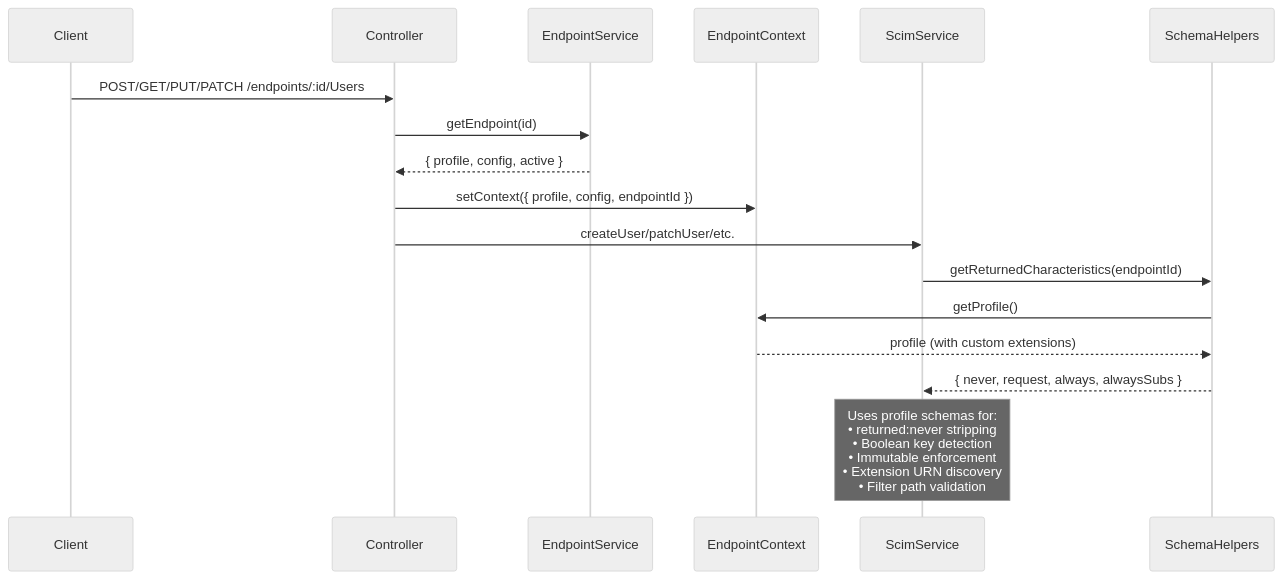
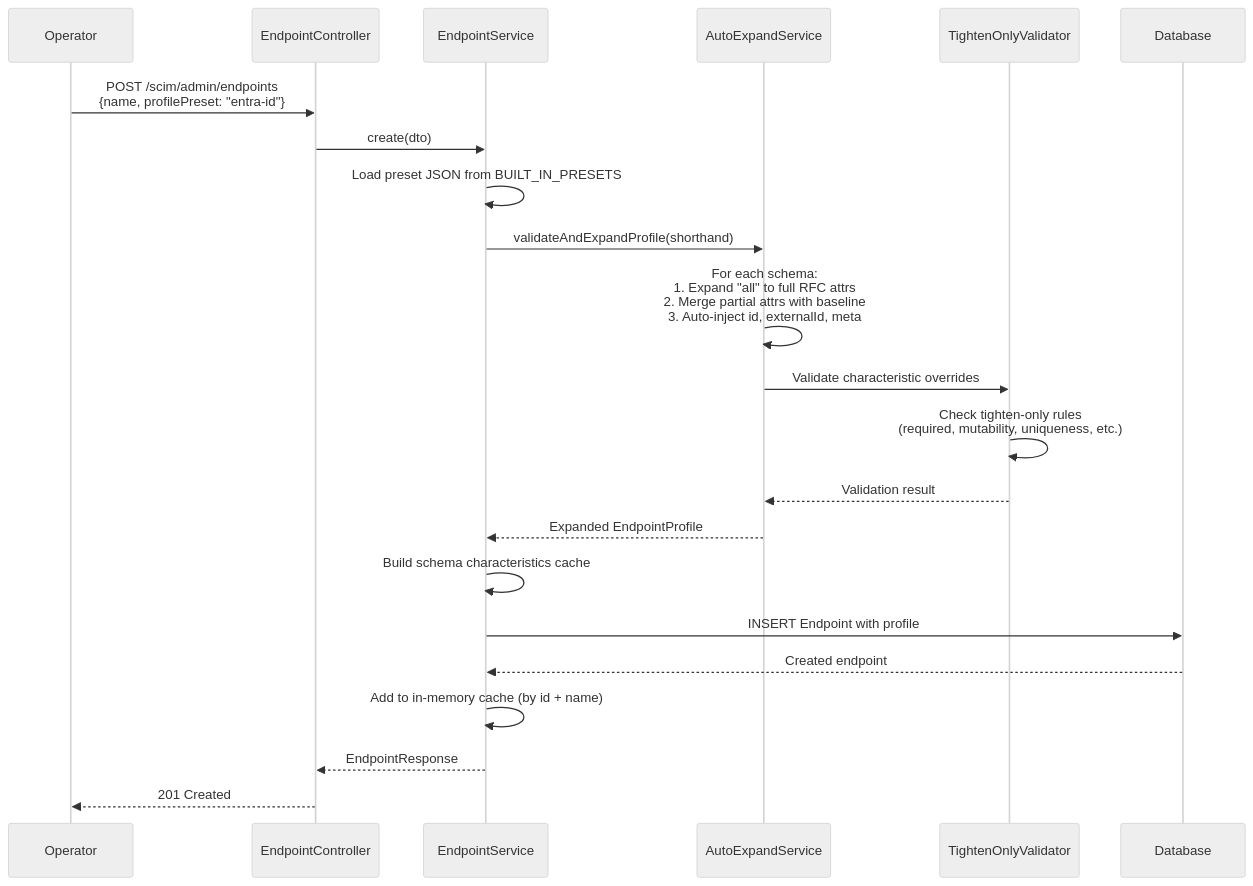
Before and after one commit to pranems/SCIMServer: the second of 4 diagrams in docs/ENDPOINT_PROFILE_ARCHITECTURE.md, drawn with Mermaid (neutral theme). The commit also changed other lines of this file and 6 other files, not shown here.

````diff
--- a/docs/ENDPOINT_PROFILE_ARCHITECTURE.md
+++ b/docs/ENDPOINT_PROFILE_ARCHITECTURE.md
@@ -429,22 +132,25 @@
 ```mermaid
 sequenceDiagram
-    participant Client
-    participant Controller
-    participant EndpointService
-    participant EndpointContext
-    participant ScimService
-    participant SchemaHelpers
+    participant Op as Operator
+    participant EC as EndpointController
+    participant ES as EndpointService
+    participant AE as AutoExpandService
+    participant TV as TightenOnlyValidator
+    participant DB as Database
 
-    Client->>Controller: POST/GET/PUT/PATCH /endpoints/:id/Users
-    Controller->>EndpointService: getEndpoint(id)
-    EndpointService-->>Controller: { profile, config, active }
-    Controller->>EndpointContext: setContext({ profile, config, endpointId })
-
-    Controller->>ScimService: createUser/patchUser/etc.
-    ScimService->>SchemaHelpers: getReturnedCharacteristics(endpointId)
-    SchemaHelpers->>EndpointContext: getProfile()
-    EndpointContext-->>SchemaHelpers: profile (with custom extensions)
-    SchemaHelpers-->>ScimService: { never, request, always, alwaysSubs }
-
-    Note over ScimService: Uses profile schemas for:<br/>• returned:never stripping<br/>• Boolean key detection<br/>• Immutable enforcement<br/>• Extension URN discovery<br/>• Filter path validation
+    Op->>EC: POST /scim/admin/endpoints<br>{name, profilePreset: "entra-id"}
+    EC->>ES: create(dto)
+    ES->>ES: Load preset JSON from BUILT_IN_PRESETS
+    ES->>AE: validateAndExpandProfile(shorthand)
+    AE->>AE: For each schema:<br>1. Expand "all" to full RFC attrs<br>2. Merge partial attrs with baseline<br>3. Auto-inject id, externalId, meta
+    AE->>TV: Validate characteristic overrides
+    TV->>TV: Check tighten-only rules<br>(required, mutability, uniqueness, etc.)
+    TV-->>AE: Validation result
+    AE-->>ES: Expanded EndpointProfile
+    ES->>ES: Build schema characteristics cache
+    ES->>DB: INSERT Endpoint with profile
+    DB-->>ES: Created endpoint
+    ES->>ES: Add to in-memory cache (by id + name)
+    ES-->>EC: EndpointResponse
+    EC-->>Op: 201 Created
 ```
````
